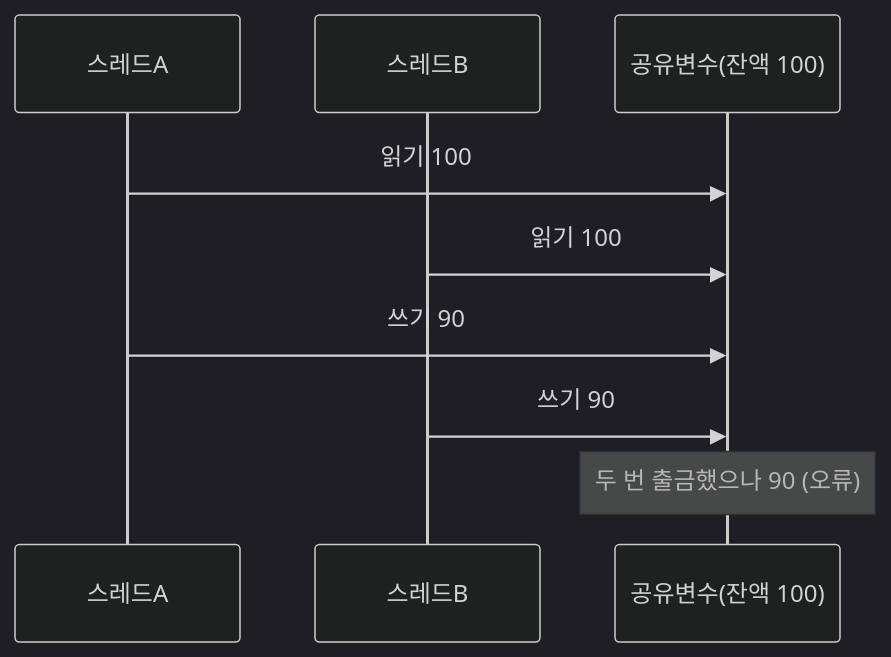
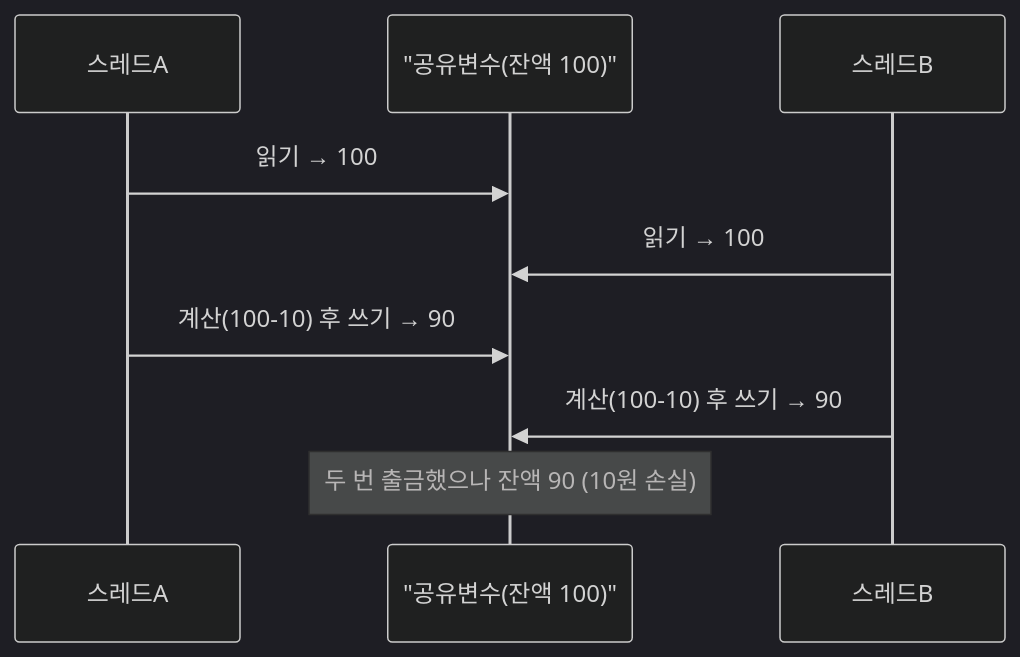
The first of 2 diagrams in content/race-condition.md (coninggu/wjdqhrhksflrltnftk), drawn with Mermaid (dark theme) before and after one commit. The commit also changed other lines of this file and 3 other files, not shown here.

````diff
--- a/content/race-condition.md
+++ b/content/race-condition.md
@@ -15,11 +25,11 @@
 ```mermaid
 sequenceDiagram
   participant A as 스레드A
+  participant M as "공유변수(잔액 100)"
   participant B as 스레드B
-  participant M as 공유변수(잔액 100)
-  A->>M: 읽기 100
-  B->>M: 읽기 100
-  A->>M: 쓰기 90
-  B->>M: 쓰기 90
-  Note over M: 두 번 출금했으나 90 (오류)
+  A->>M: 읽기 → 100
+  B->>M: 읽기 → 100
+  A->>M: 계산(100-10) 후 쓰기 → 90
+  B->>M: 계산(100-10) 후 쓰기 → 90
+  Note over M: 두 번 출금했으나 잔액 90 (10원 손실)
 ```
````
